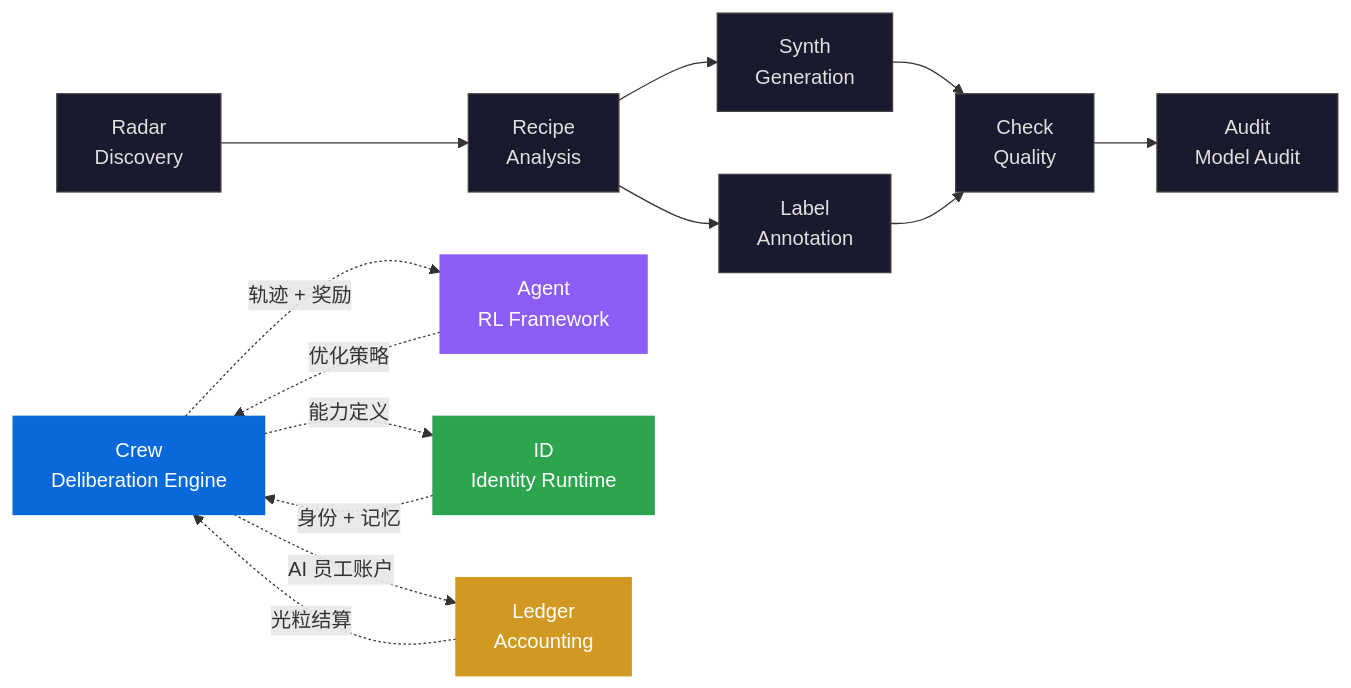
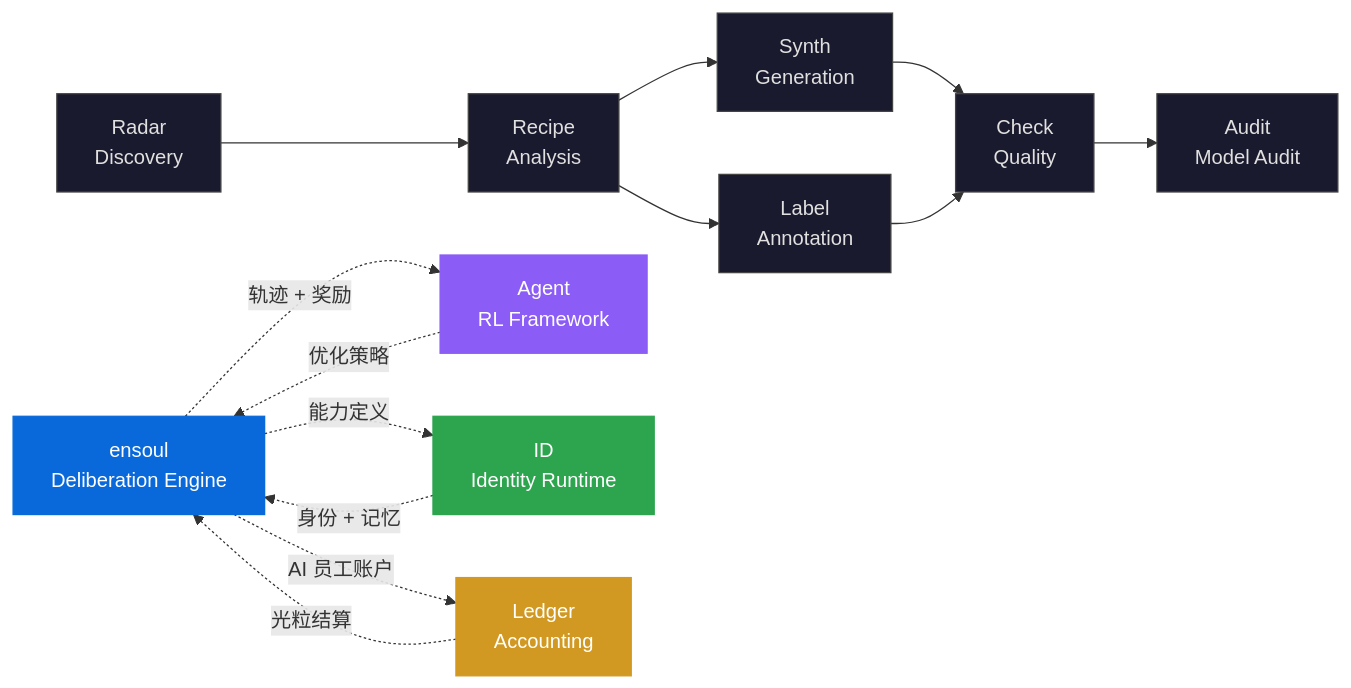
One commit to liuxiaotong/ensoul changed the third of 3 diagrams in README.zh-CN.md. Above: the diagram before and after it, drawn with Mermaid. The commit also changed other lines of this file and 1 other file, not shown here.

First line of the commit message:
docs: rebrand framework references from Crew to ensoul in READMEs (#3)

````diff
--- a/README.zh-CN.md
+++ b/README.zh-CN.md
@@ -1201,30 +1204,30 @@
 ```mermaid
 graph LR
     Radar["Radar<br/>Discovery"] --> Recipe["Recipe<br/>Analysis"]
     Recipe --> Synth["Synth<br/>Generation"]
     Recipe --> Label["Label<br/>Annotation"]
     Synth --> Check["Check<br/>Quality"]
     Label --> Check
     Check --> Audit["Audit<br/>Model Audit"]
-    Crew["Crew<br/>Deliberation Engine"]
+    Ensoul["ensoul<br/>Deliberation Engine"]
     Agent["Agent<br/>RL Framework"]
     ID["ID<br/>Identity Runtime"]
-    Crew -.->|能力定义| ID
-    ID -.->|身份 + 记忆| Crew
-    Crew -.->|轨迹 + 奖励| Agent
-    Agent -.->|优化策略| Crew
+    Ensoul -.->|能力定义| ID
+    ID -.->|身份 + 记忆| Ensoul
+    Ensoul -.->|轨迹 + 奖励| Agent
+    Agent -.->|优化策略| Ensoul
     Ledger["Ledger<br/>Accounting"]
-    Crew -.->|AI 员工账户| Ledger
-    Ledger -.->|光粒结算| Crew
+    Ensoul -.->|AI 员工账户| Ledger
+    Ledger -.->|光粒结算| Ensoul
 
-    style Crew fill:#0969da,color:#fff,stroke:#0969da
+    style Ensoul fill:#0969da,color:#fff,stroke:#0969da
     style Ledger fill:#d29922,color:#fff,stroke:#d29922
     style ID fill:#2da44e,color:#fff,stroke:#2da44e
     style Agent fill:#8b5cf6,color:#fff,stroke:#8b5cf6
     style Radar fill:#1a1a2e,color:#e0e0e0,stroke:#444
     style Recipe fill:#1a1a2e,color:#e0e0e0,stroke:#444
     style Synth fill:#1a1a2e,color:#e0e0e0,stroke:#444
     style Label fill:#1a1a2e,color:#e0e0e0,stroke:#444
     style Check fill:#1a1a2e,color:#e0e0e0,stroke:#444
     style Audit fill:#1a1a2e,color:#e0e0e0,stroke:#444
 ```
````
